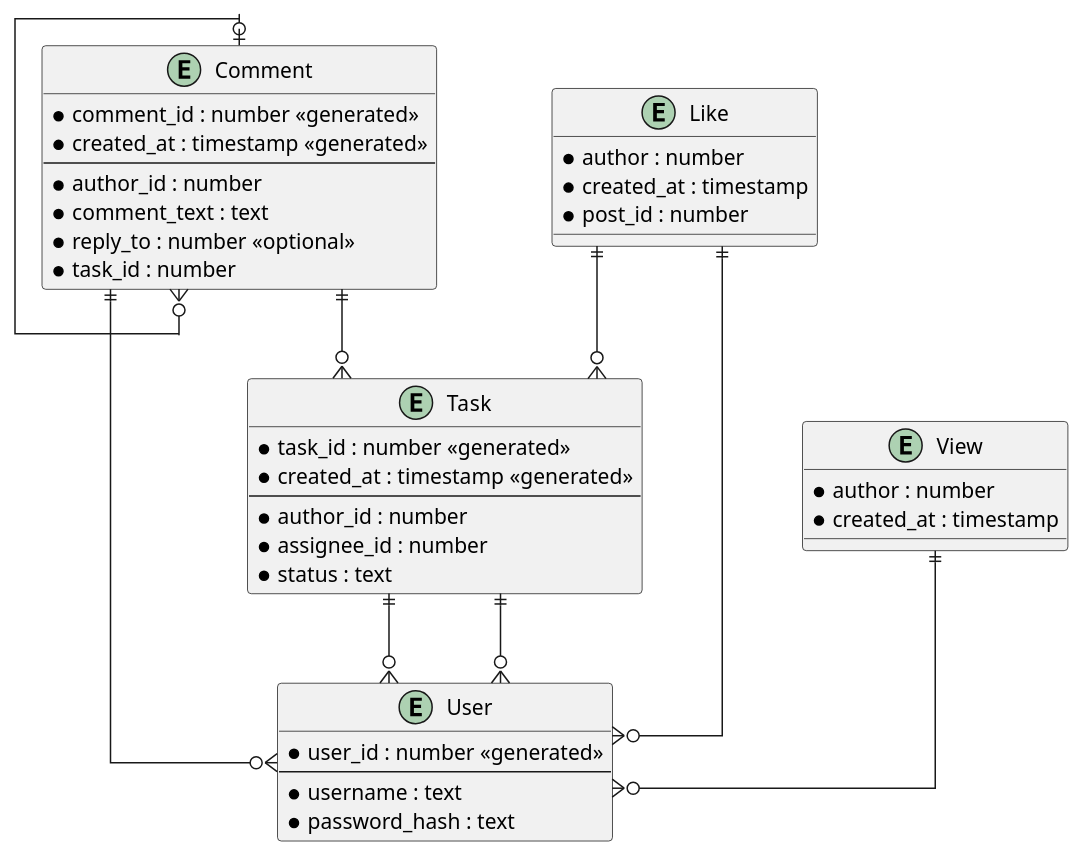
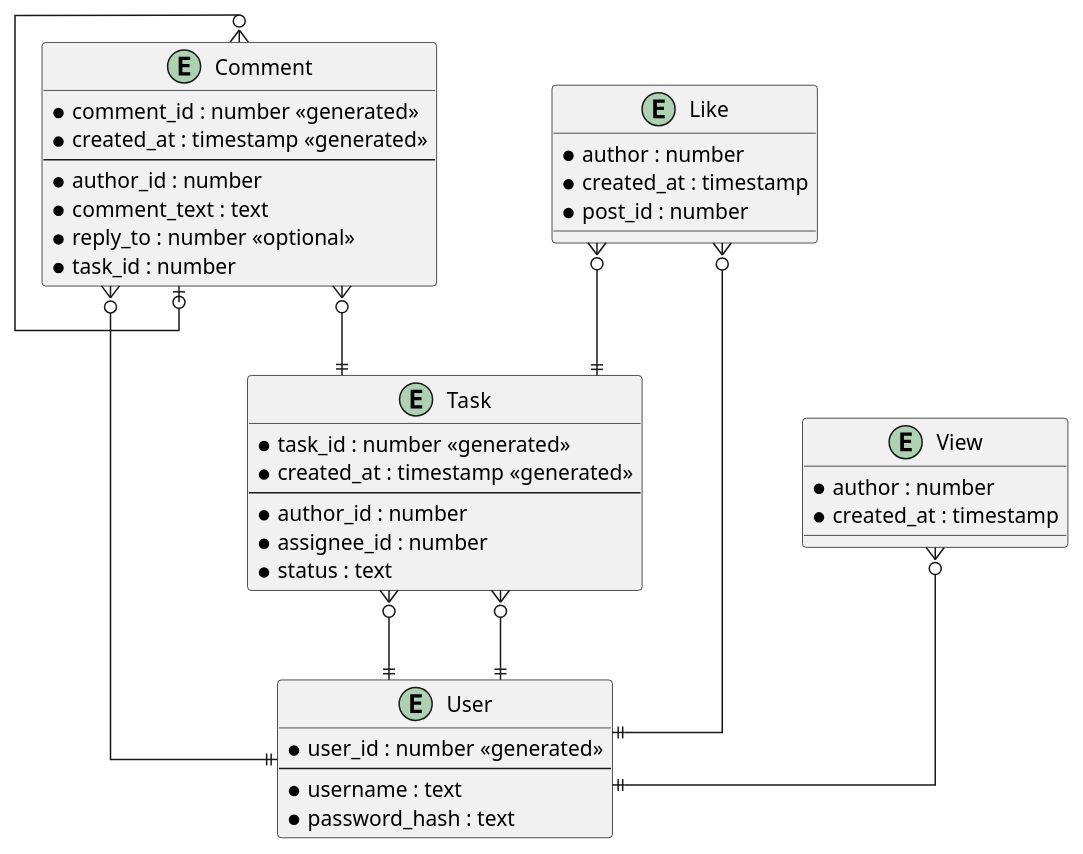
The diagram in doc/er.puml (NDamirov/tracker), drawn with PlantUML before and after one commit. The commit also changed 1 other file, not shown here.

```diff
--- a/doc/er.puml
+++ b/doc/er.puml
@@ -1,59 +1,59 @@
 @startuml
 
 ' hide the spot
 ' hide circle
 
 ' avoid problems with angled crows feet
 skinparam linetype ortho
 
 entity "User" as e01 {
   *user_id : number <<generated>>
   --
   *username : text
   *password_hash : text
 }
 
 entity "Task" as e02 {
   *task_id : number <<generated>>
   *created_at : timestamp <<generated>>
   --
   *author_id : number
   *assignee_id : number
   *status : text
 }
 
 entity "Comment" as e03 {
   *comment_id : number <<generated>>
   *created_at : timestamp <<generated>>
   --
   *author_id : number
   *comment_text : text
   *reply_to : number <<optional>>
   *task_id : number
 }
 
 entity "Like" as e04 {
   *author : number
   *created_at : timestamp
   *post_id : number
 }
 
 entity "View" as e05 {
   *author : number
   *created_at : timestamp
 }
 
 
-e02 ||--o{ e01
-e02 ||--o{ e01
-e03 ||--o{ e01
-e04 ||--o{ e01
-e05 ||--o{ e01
-e04 ||--o{ e02
-e03 |o--o{ e03
-e03 ||--o{ e02
+e02 }o--|| e01
+e02 }o--|| e01
+e03 }o--|| e01
+e04 }o--|| e01
+e05 }o--|| e01
+e04 }o--|| e02
+e03 }o--o| e03
+e03 }o--|| e02
 
 
 
 
 @enduml
```
